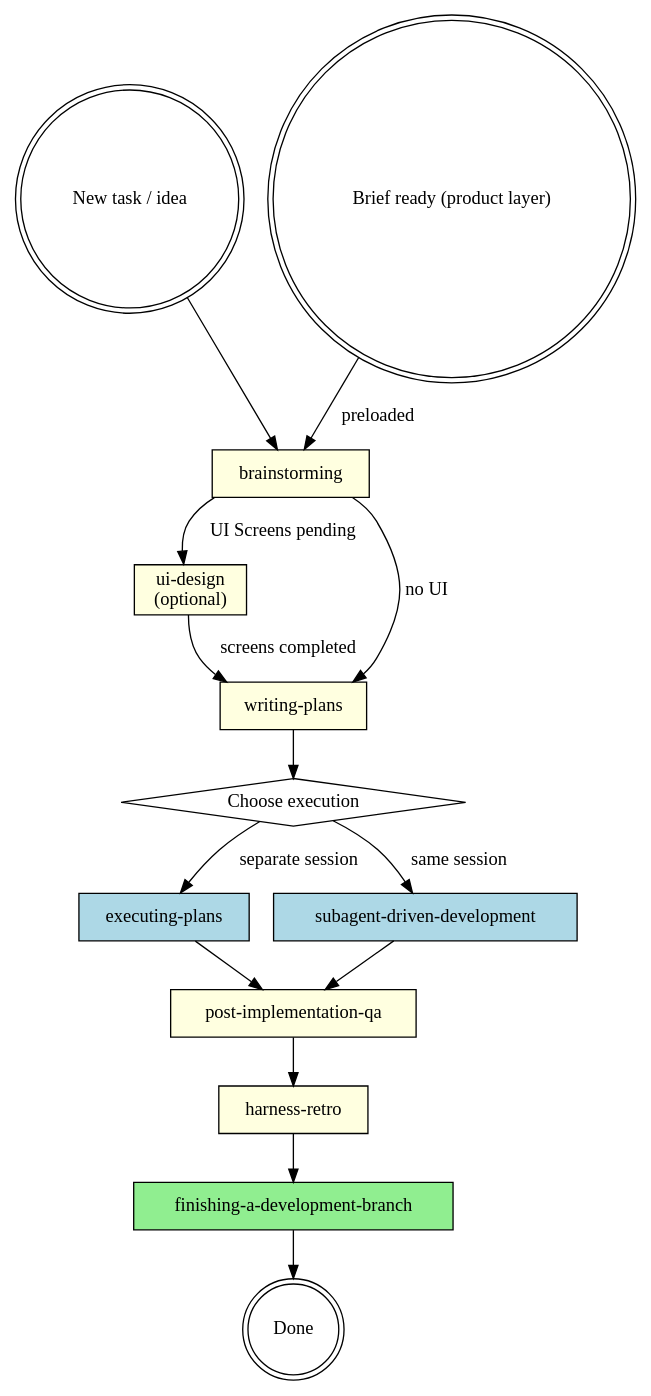
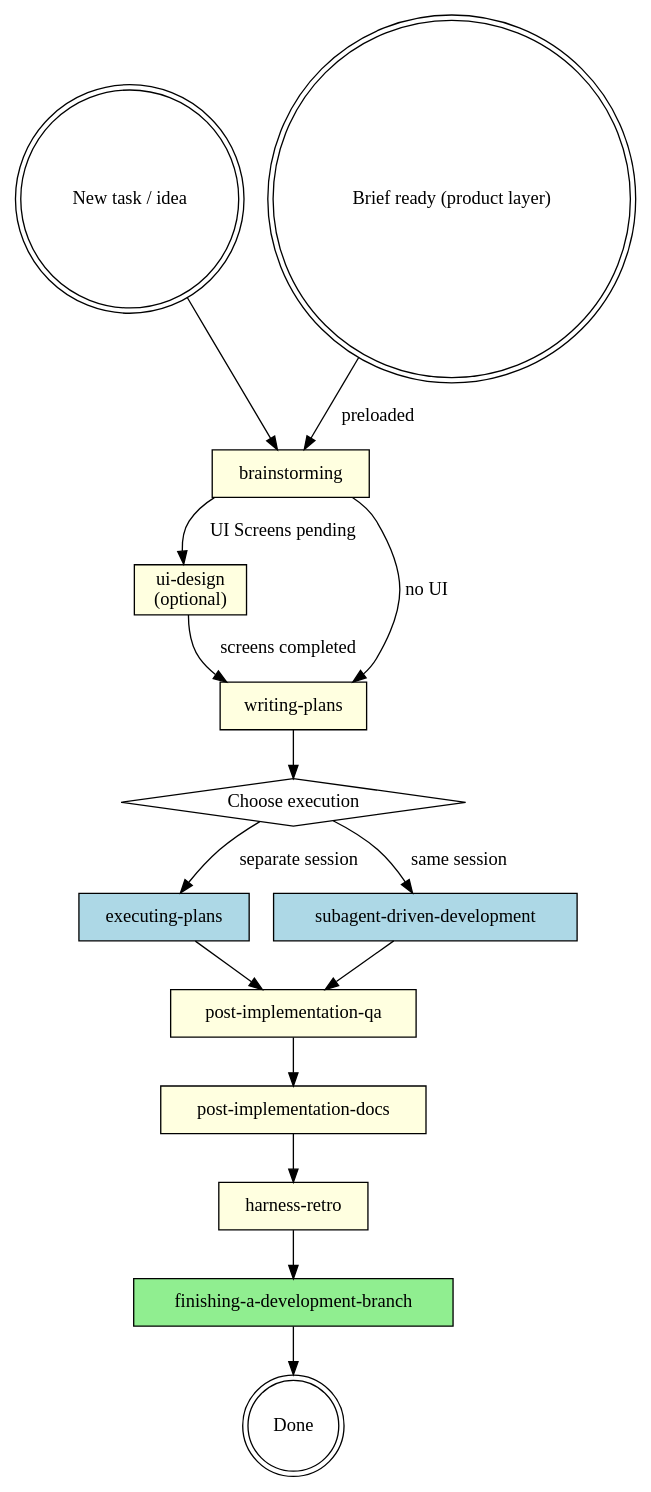
The diagram in skills/development-process/SKILL.md (Kodria/awm-baseline-registry), drawn with Graphviz before and after one commit. The commit also changed other lines of this file and 11 other files, not shown here.

Commit message:
feat: add post-implementation-docs skill (mandatory documentation phase, R0) (#38)

````diff
--- a/skills/development-process/SKILL.md
+++ b/skills/development-process/SKILL.md
@@ -18,32 +18,34 @@
 ```dot
 digraph lifecycle {
     rankdir=TB;
 
     "New task / idea" [shape=doublecircle];
     "Brief ready (product layer)" [shape=doublecircle];
     "brainstorming" [shape=box, style=filled, fillcolor=lightyellow];
     "ui-design" [shape=box, style=filled, fillcolor=lightyellow, label="ui-design\n(optional)"];
     "writing-plans" [shape=box, style=filled, fillcolor=lightyellow];
     "Choose execution" [shape=diamond];
     "executing-plans" [shape=box, style=filled, fillcolor=lightblue];
     "subagent-driven-development" [shape=box, style=filled, fillcolor=lightblue];
     "Done" [shape=doublecircle];
 
     "New task / idea" -> "brainstorming";
     "Brief ready (product layer)" -> "brainstorming" [label="preloaded"];
     "brainstorming" -> "ui-design" [label="UI Screens pending"];
     "brainstorming" -> "writing-plans" [label="no UI"];
     "ui-design" -> "writing-plans" [label="screens completed"];
     "writing-plans" -> "Choose execution";
     "Choose execution" -> "executing-plans" [label="separate session"];
     "Choose execution" -> "subagent-driven-development" [label="same session"];
     "post-implementation-qa" [shape=box, style=filled, fillcolor=lightyellow, label="post-implementation-qa"];
+    "post-implementation-docs" [shape=box, style=filled, fillcolor=lightyellow, label="post-implementation-docs"];
     "harness-retro" [shape=box, style=filled, fillcolor=lightyellow, label="harness-retro"];
     "finishing-a-development-branch" [shape=box, style=filled, fillcolor=lightgreen];
     "executing-plans" -> "post-implementation-qa";
     "subagent-driven-development" -> "post-implementation-qa";
-    "post-implementation-qa" -> "harness-retro";
+    "post-implementation-qa" -> "post-implementation-docs";
+    "post-implementation-docs" -> "harness-retro";
     "harness-retro" -> "finishing-a-development-branch";
     "finishing-a-development-branch" -> "Done";
 }
 ```
````
